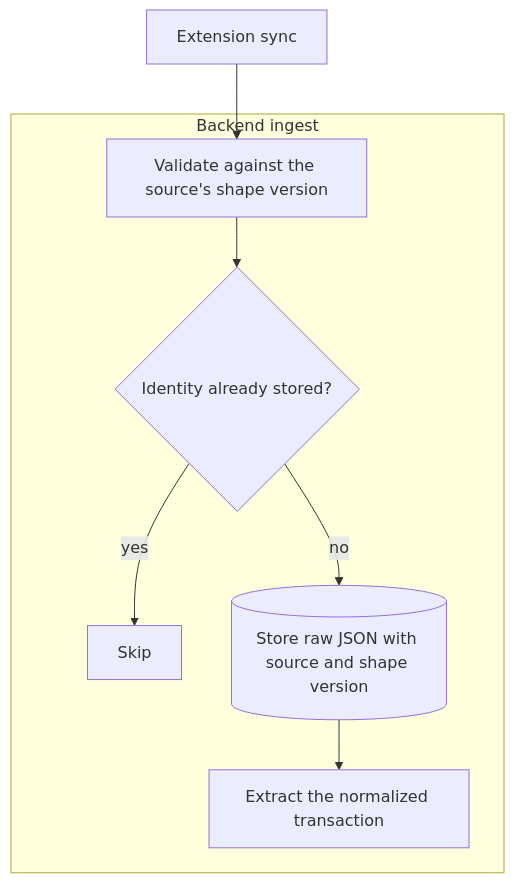
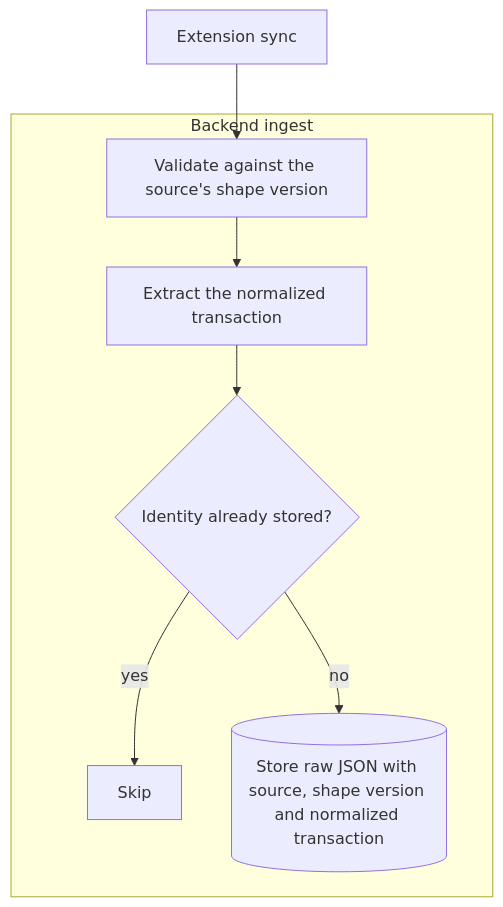
One commit to lennartmoeller/finance-tracker changed the second of 5 diagrams in docs/architecture.md. Above: the diagram before and after it, drawn with Mermaid. The commit also changed other lines of this file and 46 other files, not shown here.

Commit message:
feat!: extract transactions and show them in the transaction viewer (#24)

````diff
--- a/docs/architecture.md
+++ b/docs/architecture.md
@@ -61,10 +66,10 @@
 ```mermaid
 flowchart TD
   extsync["Extension sync"] --> validate
   subgraph ingest["Backend ingest"]
-    validate["Validate against the source's shape version"] --> known{"Identity already stored?"}
+    validate["Validate against the source's shape version"] --> extract["Extract the normalized transaction"]
+    extract --> known{"Identity already stored?"}
     known -- "yes" --> skip["Skip"]
-    known -- "no" --> store[("Store raw JSON with source and shape version")]
-    store --> extract["Extract the normalized transaction"]
+    known -- "no" --> store[("Store raw JSON with source, shape version and normalized transaction")]
   end
 ```
````
